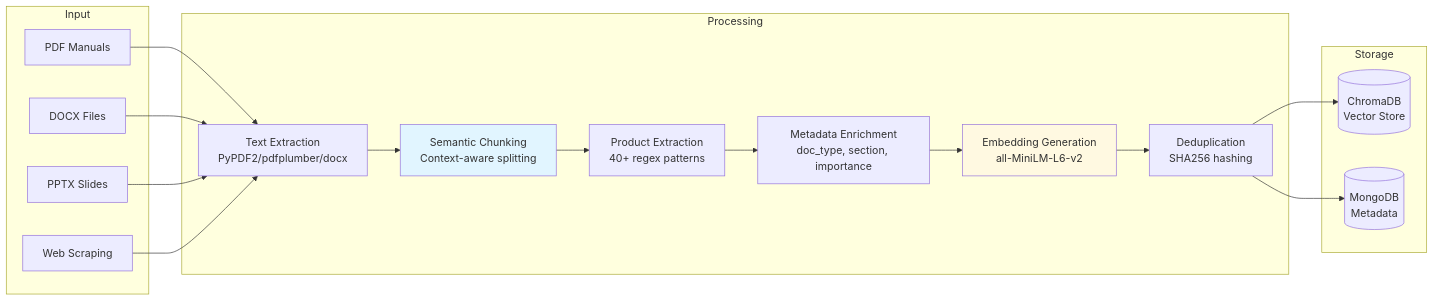
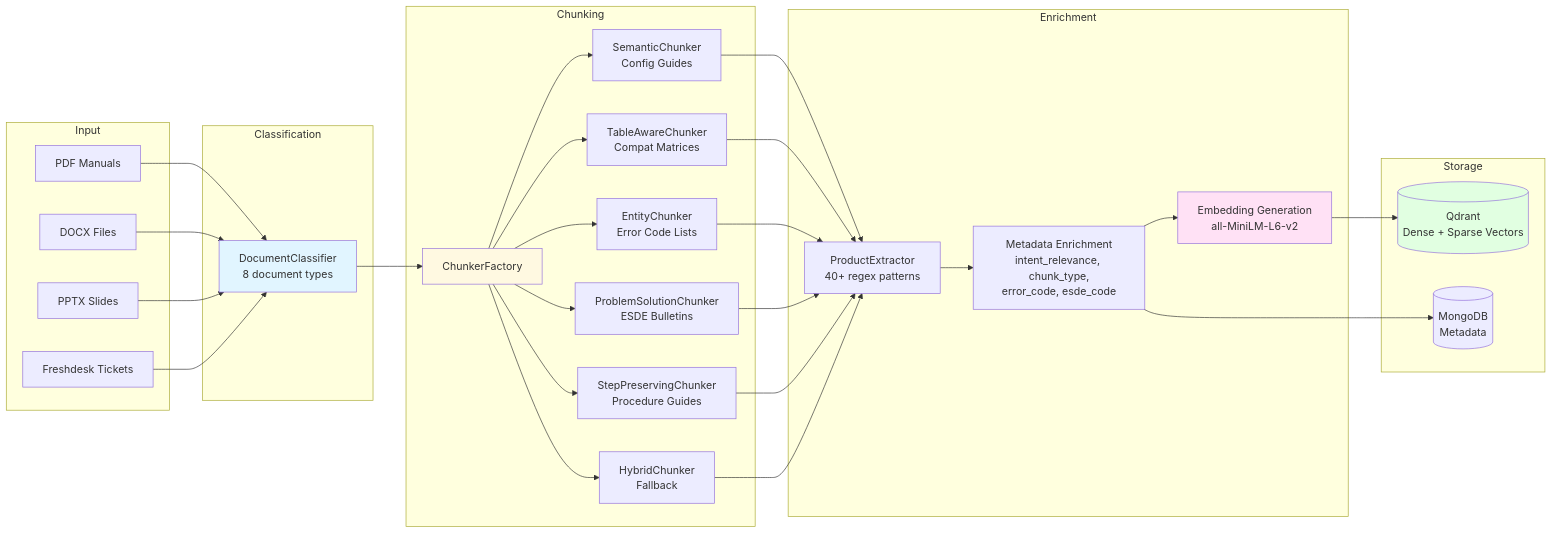
Before and after one commit to fatihhbayram/desoutter-assistant: the fourth of 9 diagrams in ARCHITECTURE_DIAGRAMS.md, drawn with Mermaid. The commit also changed other lines of this file and 3 other files, not shown here.

First line of the commit message:
docs: update README, ROADMAP, CHANGELOG and ARCHITECTURE_DIAGRAMS to v2.0.1

````diff
--- a/ARCHITECTURE_DIAGRAMS.md
+++ b/ARCHITECTURE_DIAGRAMS.md
@@ -144,40 +220,64 @@
 ```mermaid
 flowchart LR
     subgraph Input
         A[PDF Manuals]
         B[DOCX Files]
         C[PPTX Slides]
-        D[Web Scraping]
+        D[Freshdesk Tickets]
     end
 
-    subgraph Processing
-        E[Text Extraction<br/>PyPDF2/pdfplumber/docx]
-        F[Semantic Chunking<br/>Context-aware splitting]
-        G[Product Extraction<br/>40+ regex patterns]
-        H[Metadata Enrichment<br/>doc_type, section, importance]
-        I[Embedding Generation<br/>all-MiniLM-L6-v2]
-        J[Deduplication<br/>SHA256 hashing]
+    subgraph Classification
+        CL[DocumentClassifier<br/>8 document types]
+    end
+
+    subgraph Chunking
+        CF[ChunkerFactory]
+        SC[SemanticChunker<br/>Config Guides]
+        TC[TableAwareChunker<br/>Compat Matrices]
+        EC[EntityChunker<br/>Error Code Lists]
+        PC[ProblemSolutionChunker<br/>ESDE Bulletins]
+        SPC[StepPreservingChunker<br/>Procedure Guides]
+        HC[HybridChunker<br/>Fallback]
+    end
+
+    subgraph Enrichment
+        PE[ProductExtractor<br/>40+ regex patterns]
+        ME[Metadata Enrichment<br/>intent_relevance, chunk_type,<br/>error_code, esde_code]
+        EM[Embedding Generation<br/>all-MiniLM-L6-v2]
     end
 
     subgraph Storage
-        K[(ChromaDB<br/>Vector Store)]
-        L[(MongoDB<br/>Metadata)]
+        QD[(Qdrant<br/>Dense + Sparse Vectors)]
+        MG[(MongoDB<br/>Metadata)]
     end
 
-    A --> E
-    B --> E
-    C --> E
-    D --> E
+    A --> CL
+    B --> CL
+    C --> CL
+    D --> CL
 
-    E --> F
-    F --> G
-    G --> H
-    H --> I
-    I --> J
+    CL --> CF
+    CF --> SC
+    CF --> TC
+    CF --> EC
+    CF --> PC
+    CF --> SPC
+    CF --> HC
 
-    J --> K
-    J --> L
+    SC --> PE
+    TC --> PE
+    EC --> PE
+    PC --> PE
+    SPC --> PE
+    HC --> PE
 
-    style F fill:#e1f5ff
-    style I fill:#fff9e1
+    PE --> ME
+    ME --> EM
+    EM --> QD
+    ME --> MG
+
+    style CL fill:#e1f5ff
+    style CF fill:#fff9e1
+    style EM fill:#ffe1f5
+    style QD fill:#e1ffe1
 ```
````
